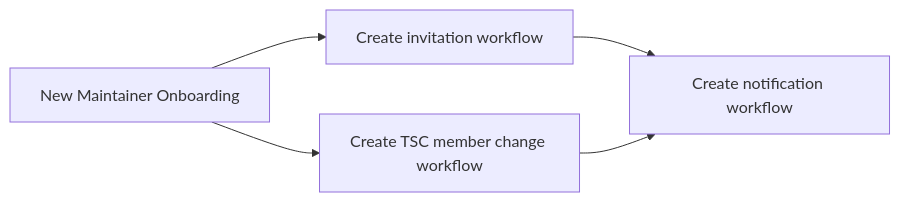
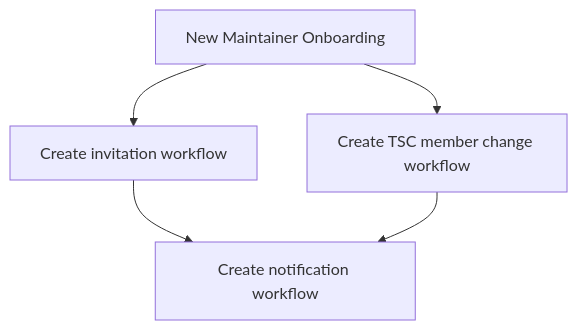
One commit to 14Richa/testRepo changed the second of 12 diagrams in scripts/README.md. Above: the diagram before and after it, drawn with Mermaid. The commit also changed other lines of this file, not shown here.

````diff
--- a/scripts/README.md
+++ b/scripts/README.md
@@ -37,7 +34,7 @@
 ```mermaid
-graph LR;
+graph TD;
     J[New Maintainer Onboarding] --> K[Create invitation workflow];
     J --> L[Create TSC member change workflow];
     K --> M[Create notification workflow];
-    L --> M;    
+    L --> M;
 ```
````
